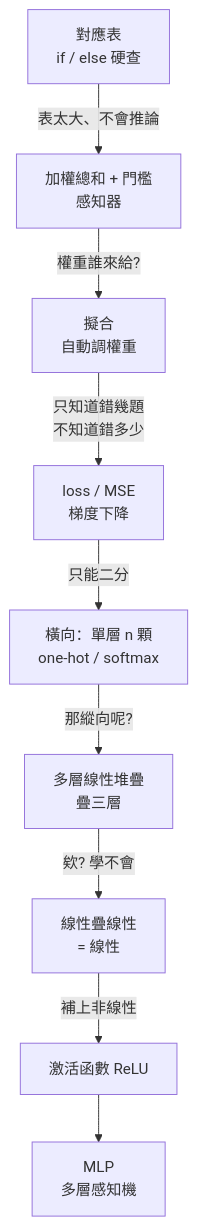
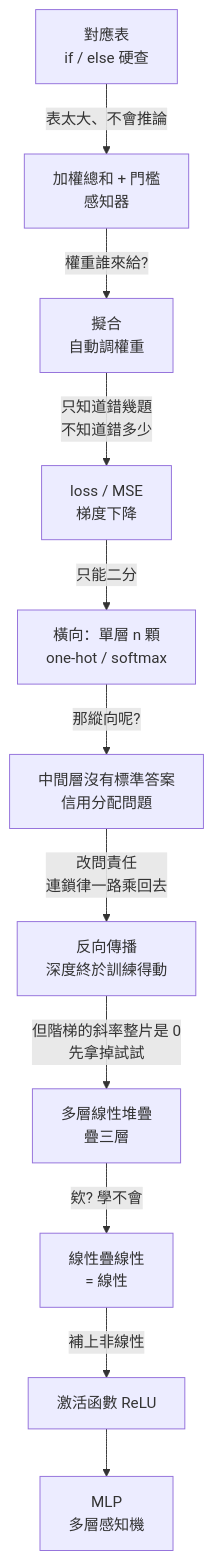
The fourth of 4 diagrams in articles/AI0.md (qwo877/me), drawn with Mermaid before and after one commit. The commit also changed other lines of this file, not shown here.

````diff
--- a/articles/AI0.md
+++ b/articles/AI0.md
@@ -1392,11 +1687,13 @@
 ```mermaid
 flowchart TD
     A["對應表<br/>if / else 硬查"] -->|"表太大、不會推論"| B["加權總和 + 門檻<br/>感知器"]
     B -->|"權重誰來給?"| C["擬合<br/>自動調權重"]
     C -->|"只知道錯幾題<br/>不知道錯多少"| L["loss / MSE<br/>梯度下降"]
     L -->|"只能二分"| D["橫向：單層 n 顆<br/>one-hot / softmax"]
-    D -->|"那縱向呢?"| E["多層線性堆疊<br/>疊三層"]
+    D -->|"那縱向呢?"| K["中間層沒有標準答案<br/>信用分配問題"]
+    K -->|"改問責任<br/>連鎖律一路乘回去"| BP["反向傳播<br/>深度終於訓練得動"]
+    BP -->|"但階梯的斜率整片是 0<br/>先拿掉試試"| E["多層線性堆疊<br/>疊三層"]
     E -->|"欸? 學不會"| F["線性疊線性<br/>= 線性"]
     F -->|"補上非線性"| G["激活函數 ReLU"]
     G --> H["MLP<br/>多層感知機"]
 ```
````
